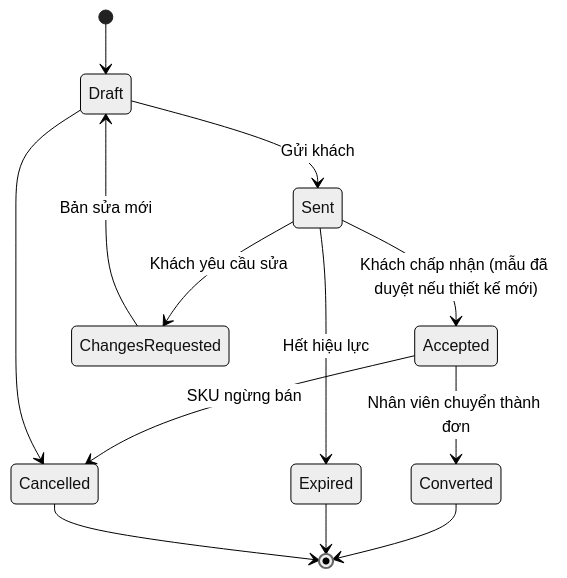
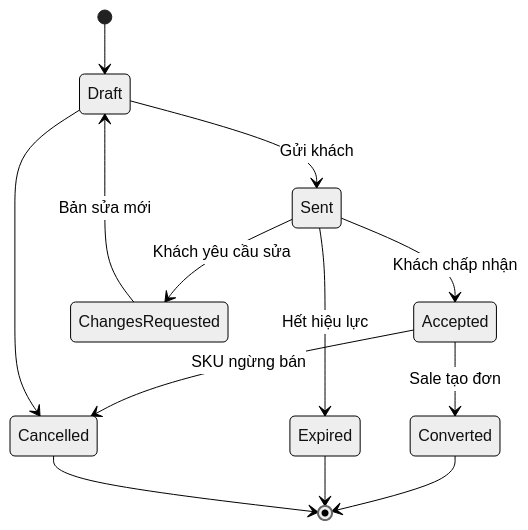
Before and after one commit to KLTN-FA26/docs: the first of 3 diagrams in docs/ecommerce/14-cart-and-order/README.md, drawn with Mermaid (neutral theme). The commit also changed other lines of this file and 26 other files, not shown here.

````diff
--- a/docs/ecommerce/14-cart-and-order/README.md
+++ b/docs/ecommerce/14-cart-and-order/README.md
@@ -134,15 +146,15 @@
 ```mermaid
 stateDiagram-v2
     [*] --> Draft
     Draft --> Sent: Gửi khách
-    Sent --> Accepted: Khách chấp nhận (mẫu đã duyệt nếu thiết kế mới)
+    Sent --> Accepted: Khách chấp nhận
     Sent --> ChangesRequested: Khách yêu cầu sửa
     ChangesRequested --> Draft: Bản sửa mới
     Sent --> Expired: Hết hiệu lực
-    Accepted --> Converted: Nhân viên chuyển thành đơn
+    Accepted --> Converted: Sale tạo đơn
     Accepted --> Cancelled: SKU ngừng bán
     Draft --> Cancelled
     Converted --> [*]
     Expired --> [*]
     Cancelled --> [*]
 ```
````
